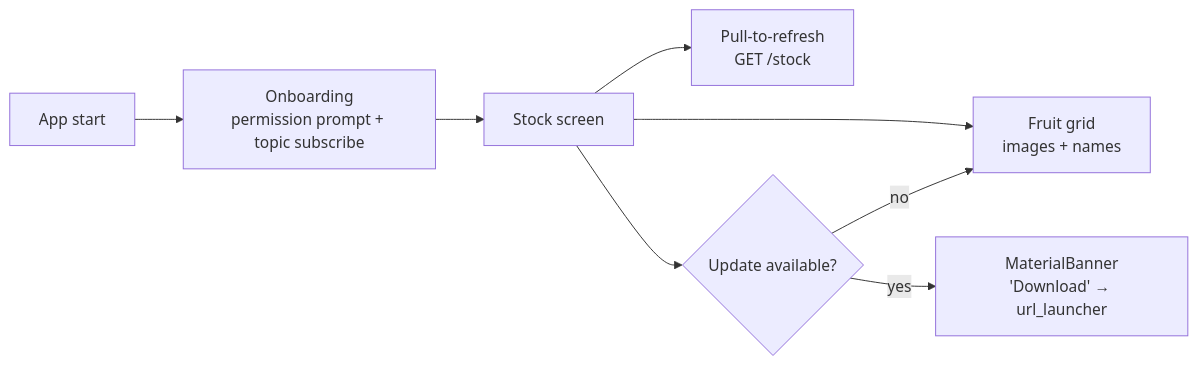
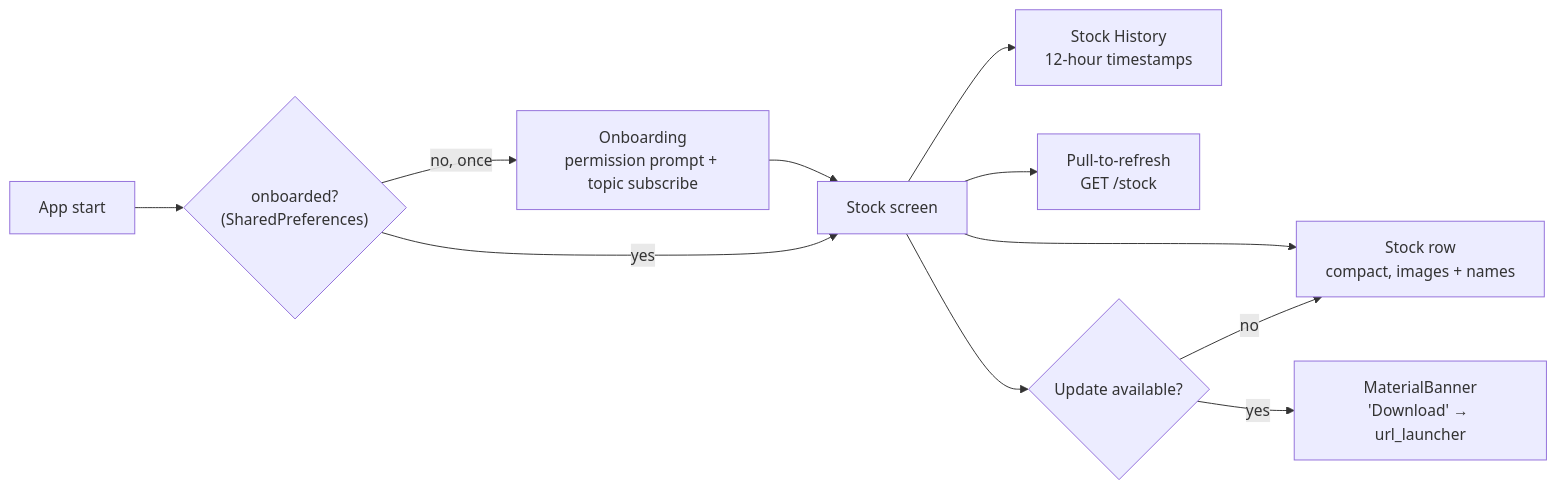
One commit to AnushGurung11/BloxNotify changed the second of 3 diagrams in README.md. Above: the diagram before and after it, drawn with Mermaid. The commit also changed other lines of this file and 2 other files, not shown here.

Commit message:
docs: reflect history API, v1.0.1 app features, and current test counts

````diff
--- a/README.md
+++ b/README.md
@@ -138,10 +138,13 @@
 ```mermaid
 flowchart LR
-    START["App start"] --> ONB["Onboarding<br/>permission prompt + topic subscribe"]
+    START["App start"] --> FLAG{"onboarded?<br/>(SharedPreferences)"}
+    FLAG -->|no, once| ONB["Onboarding<br/>permission prompt + topic subscribe"]
     ONB --> STOCK["Stock screen"]
-    STOCK --> GRID["Fruit grid<br/>images + names"]
+    FLAG -->|yes| STOCK
+    STOCK --> ROW["Stock row<br/>compact, images + names"]
+    STOCK --> HISTORY["Stock History<br/>12-hour timestamps"]
     STOCK --> REFRESH["Pull-to-refresh<br/>GET /stock"]
     STOCK --> BANNER{"Update available?"}
     BANNER -->|yes| DL["MaterialBanner<br/>'Download' → url_launcher"]
-    BANNER -->|no| GRID
+    BANNER -->|no| ROW
 ```
````
